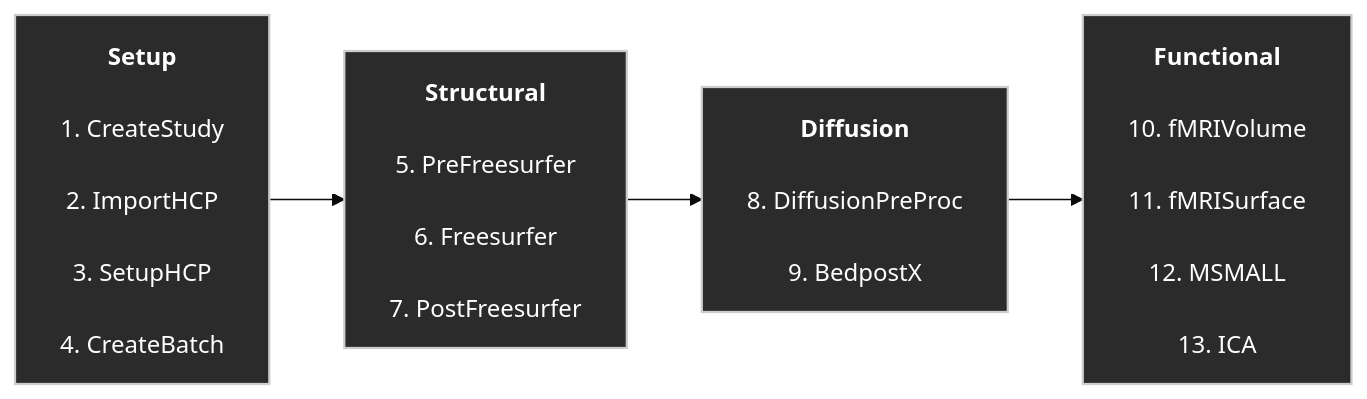
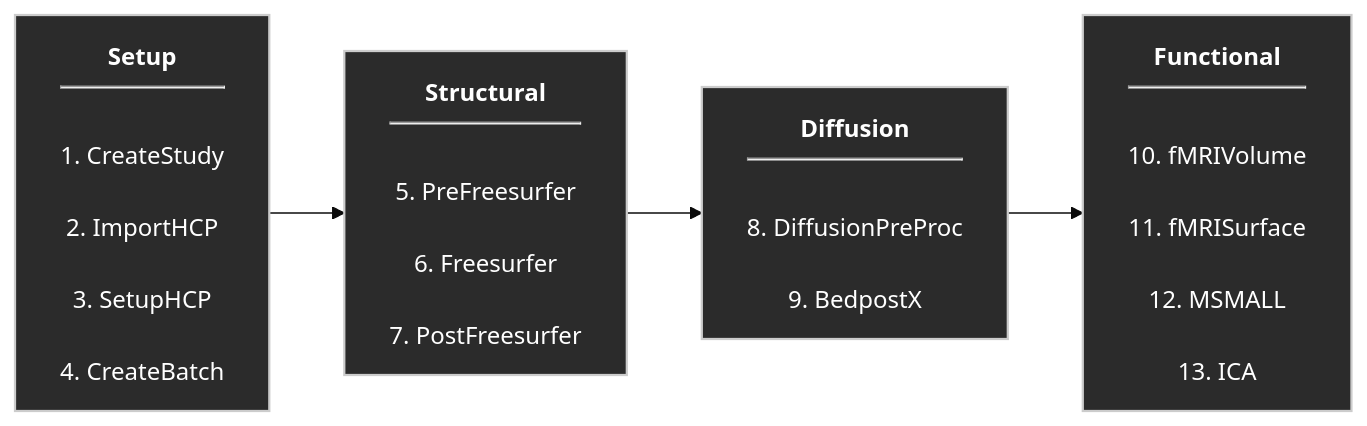
Before and after one commit to SPMIC-UoN/QuNex_Processing_Pipeline: the diagram in README.md, drawn with Mermaid (base theme).

````diff
--- a/README.md
+++ b/README.md
@@ -44,34 +44,34 @@
 ```mermaid
 flowchart LR
 
 %% ---------- Styling ----------
 classDef stage fill:#2b2b2b,stroke:#cccccc,stroke-width:1.5px,color:#ffffff;
 
 %% ---------- Pipeline Stages ----------
-Setup["<b>Setup</b><br/>
+Setup["<b>Setup</b><hr/>
 1. CreateStudy<br/>
 2. ImportHCP<br/>
 3. SetupHCP<br/>
 4. CreateBatch"]
 
-Structural["<b>Structural</b><br/>
+Structural["<b>Structural</b><hr/>
 5. PreFreesurfer<br/>
 6. Freesurfer<br/>
 7. PostFreesurfer"]
 
-Diffusion["<b>Diffusion</b><br/>
+Diffusion["<b>Diffusion</b><hr/>
 8. DiffusionPreProc<br/>
 9. BedpostX"]
 
-Functional["<b>Functional</b><br/>
+Functional["<b>Functional</b><hr/>
 10. fMRIVolume<br/>
 11. fMRISurface<br/>
 12. MSMALL<br/>
 13. ICA"]
 
 %% ---------- Stage Connections ----------
 Setup --> Structural --> Diffusion --> Functional
 
 %% ---------- Apply Style ----------
 class Setup,Structural,Diffusion,Functional stage;
 ```
````
